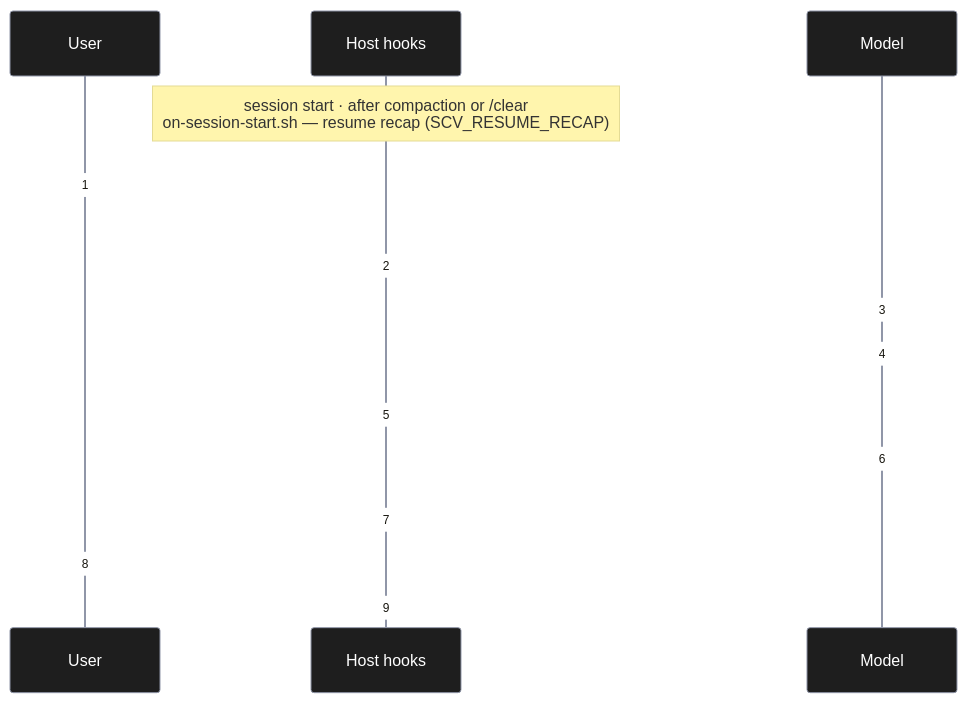
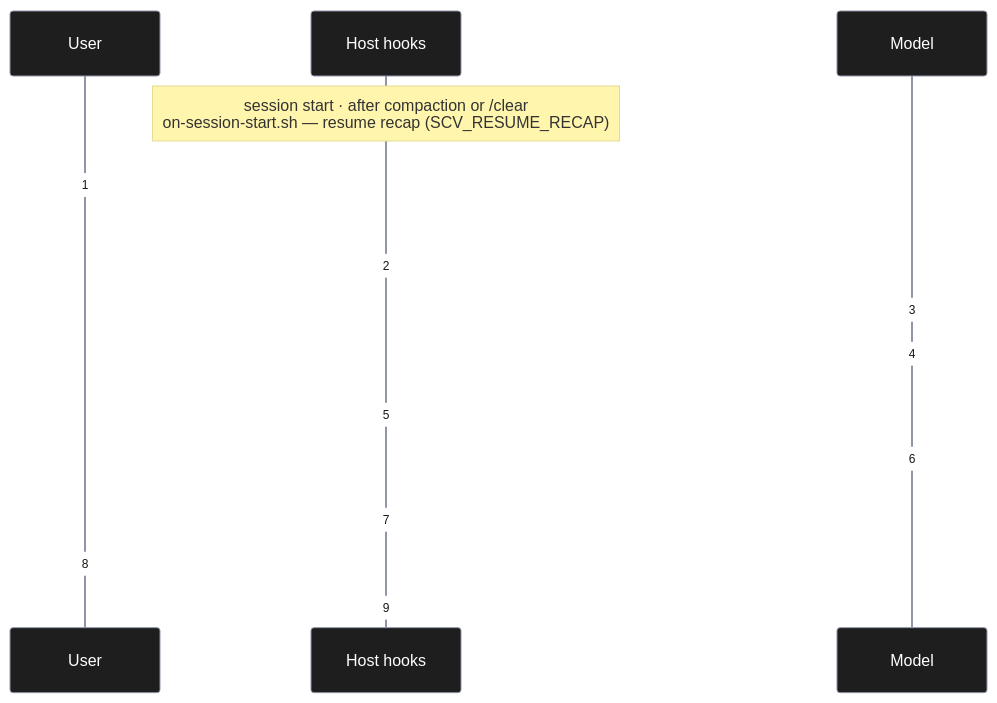
Before and after one commit to wookiya1364/scv-core: the second of 2 diagrams in docs/architecture.md, drawn with Mermaid. The commit also changed other lines of this file and 34 other files, not shown here.

````diff
--- a/docs/architecture.md
+++ b/docs/architecture.md
@@ -138,18 +138,18 @@
 ```mermaid
 %%{init: {'theme':'base', 'themeVariables': {'primaryColor':'#1e1e1e','primaryTextColor':'#fff','primaryBorderColor':'#9096a8','lineColor':'#e7e9f0','secondaryColor':'#2d2d2d','tertiaryColor':'#1e1e1e','background':'#171922','edgeLabelBackground':'#171922'}}}%%
 sequenceDiagram
   autonumber
   participant U as User
   participant H as Host hooks
   participant M as Model
   Note over H: session start · after compaction or /clear<br>on-session-start.sh — resume recap (SCV_RESUME_RECAP)
   U->>H: message
-  H->>M: on-user-prompt.sh — route to help (SCV_ALWAYS_ON)<br>diagnosis · plain language · choices · show the real thing<br>model checklist (SCV_MODEL_PROMPTING) · dreams line
-  M->>H: register the turn against the model checklist
+  H->>M: on-user-prompt.sh — route to help (SCV_ALWAYS_ON)<br>diagnosis · plain language · choices · show the real thing<br>model guide rewrite (SCV_MODEL_PROMPTING) · dreams line
+  M->>H: register the rewritten request and the turn's scope
   M->>H: tool call
   H-->>M: guard.sh — refuse writes before registration<br>or outside the workflow without an SCV action
   M->>H: final answer
   H-->>M: on-stop.sh — registration · principle · choice gates<br>(each blocks at most once per turn)
   U->>H: picks an option in the choice tool
   H->>M: on-choice-answer.sh — register again before the next edit
 ```
````
